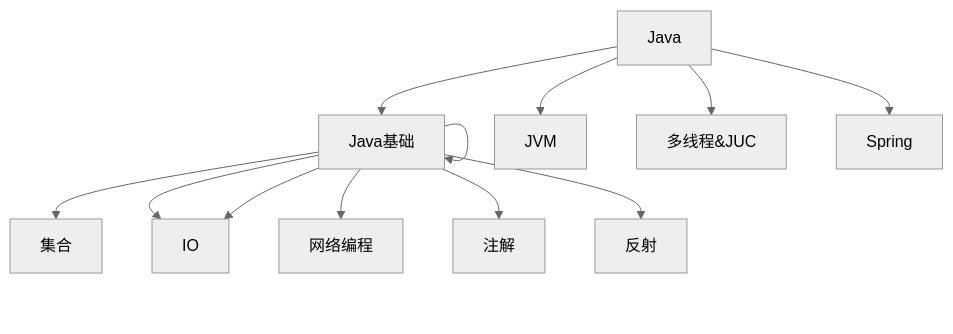
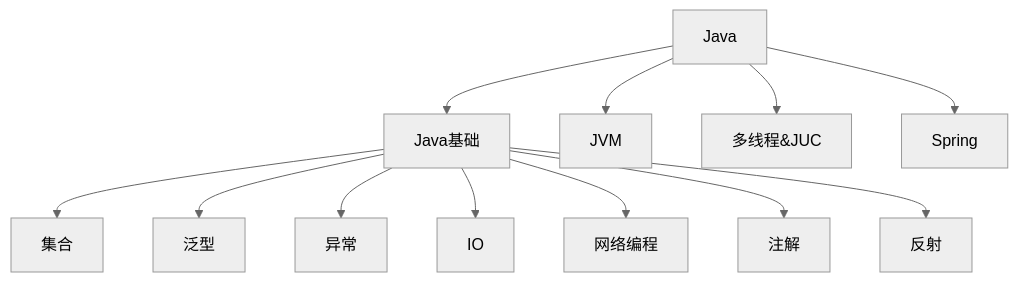
The first of 2 diagrams in docs/README.md (XiYun0/XiYun-Notes), drawn with Mermaid (neutral theme) before and after one commit. The commit also changed other lines of this file, not shown here.

````diff
--- a/docs/README.md
+++ b/docs/README.md
@@ -146,14 +146,14 @@
 ```mermaid
 graph TD;
 	Java-->Java基础
 	Java基础-->集合
-	Java基础--> 
-	Java基础-->IO
+	Java基础-->泛型
+	Java基础-->异常
 	Java基础-->IO
 	Java基础-->网络编程
 	Java基础-->注解
 	Java基础-->反射
     Java-->JVM
     Java-->多线程&JUC
 	Java-->Spring
 ```
````
